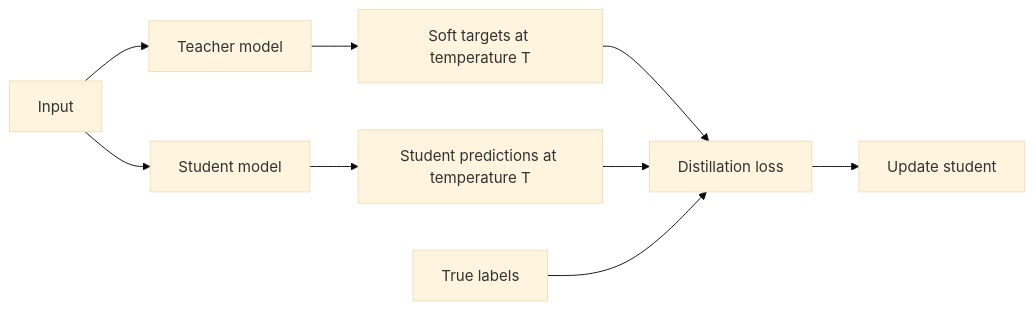
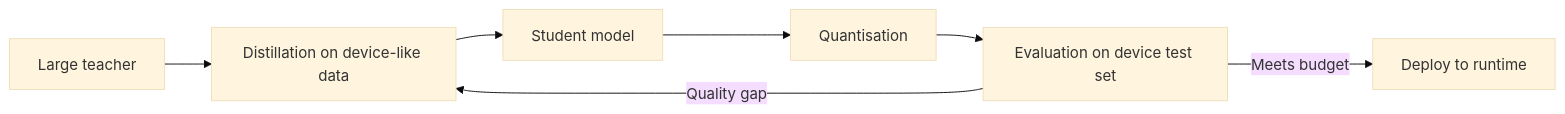
Before and after one commit to zi-yue-1129/ai-wiki: the diagram in docs/engineering/on-device-edge/knowledge-distillation.md, drawn with Mermaid (base theme). The commit also changed other lines of this file and 6 other files, not shown here.

First line of the commit message:
Link on-device distillation and GPTQ to theory pages

````diff
--- a/docs/engineering/on-device-edge/knowledge-distillation.md
+++ b/docs/engineering/on-device-edge/knowledge-distillation.md
@@ -28,11 +30,9 @@
 ```mermaid
 flowchart LR
-  X[Input] --> TE[Teacher model]
-  X --> ST[Student model]
-  TE --> SO[Soft targets at temperature T]
-  ST --> SP[Student predictions at temperature T]
-  SO --> L[Distillation loss]
-  SP --> L
-  Y[True labels] --> L
-  L --> U[Update student]
+  T[Large teacher] --> D[Distillation on device-like data]
+  D --> S[Student model]
+  S --> Q[Quantisation]
+  Q --> E[Evaluation on device test set]
+  E -->|Quality gap| D
+  E -->|Meets budget| R[Deploy to runtime]
 ```
````
